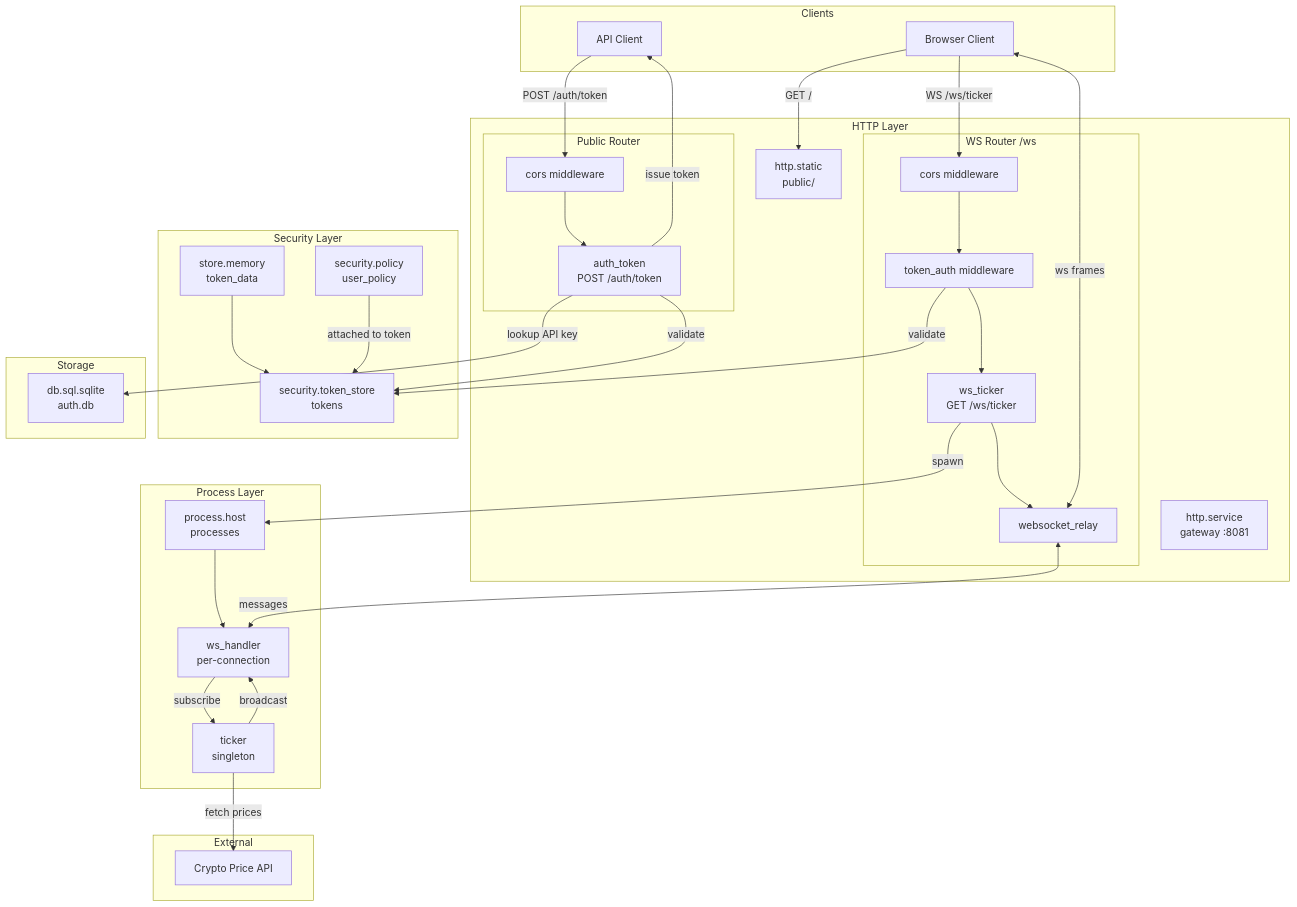
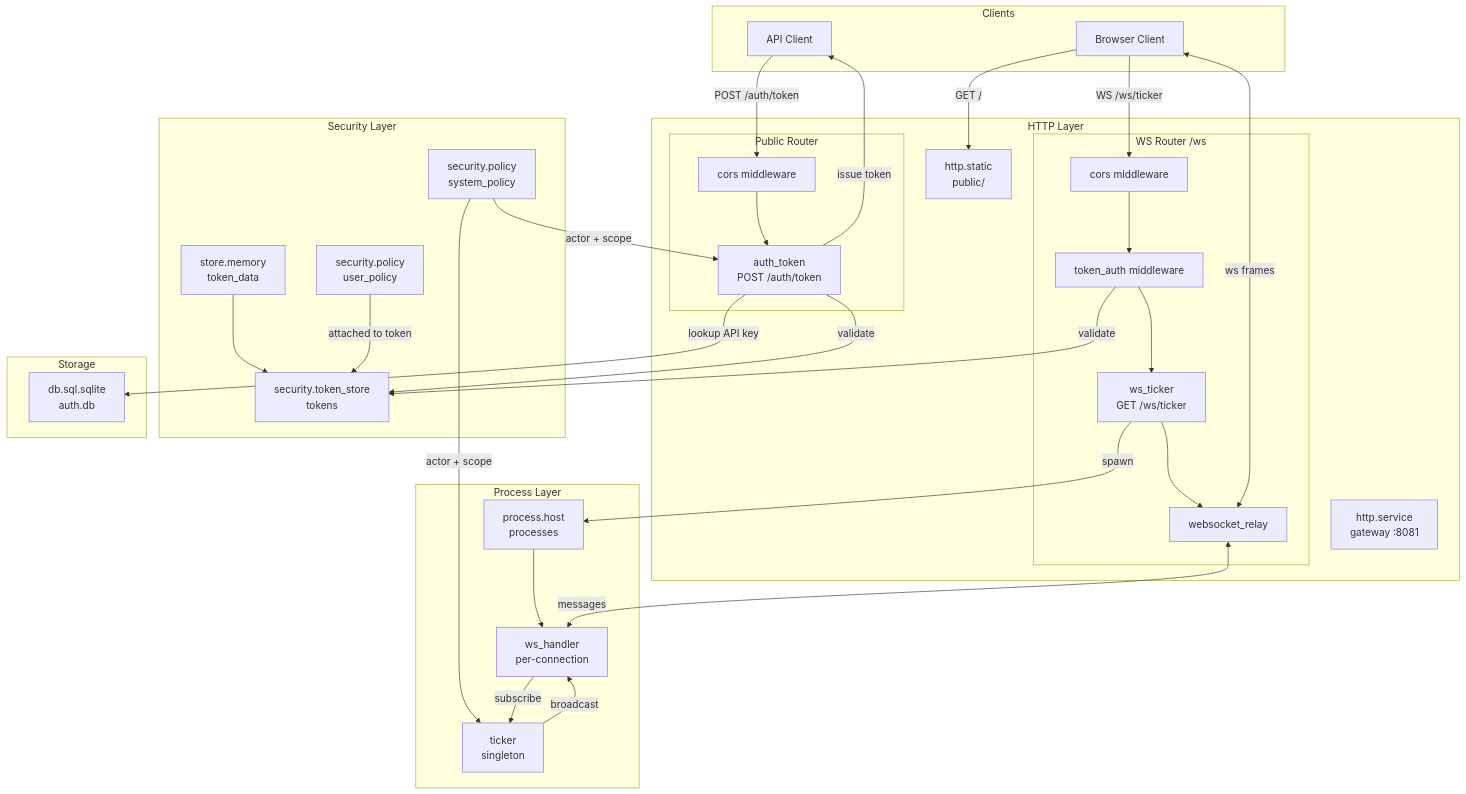
One commit to wippyai/docs changed the diagram in en/tutorials/auth.md. Above: the diagram before and after it, drawn with Mermaid. The commit also changed other lines of this file and 143 other files, not shown here.

````diff
--- a/en/tutorials/auth.md
+++ b/en/tutorials/auth.md
@@ -36,78 +36,74 @@
 ```mermaid
 flowchart TB
     subgraph Clients
         Browser[Browser Client]
         API[API Client]
     end
 
     subgraph "HTTP Layer"
         Server[http.service<br/>gateway :8081]
         Static[http.static<br/>public/]
 
         subgraph "Public Router"
             CORS1[cors middleware]
             AuthEndpoint[auth_token<br/>POST /auth/token]
         end
 
         subgraph "WS Router /ws"
             CORS2[cors middleware]
             TokenAuth[token_auth middleware]
             WSEndpoint[ws_ticker<br/>GET /ws/ticker]
             WSRelay[websocket_relay]
         end
     end
 
     subgraph "Security Layer"
         TokenStore[security.token_store<br/>tokens]
         Policy[security.policy<br/>user_policy]
+        SysPolicy[security.policy<br/>system_policy]
         MemStore[store.memory<br/>token_data]
     end
 
     subgraph "Storage"
         DB[db.sql.sqlite<br/>auth.db]
     end
 
     subgraph "Process Layer"
         Supervisor[process.host<br/>processes]
         WSHandler[ws_handler<br/>per-connection]
         Ticker[ticker<br/>singleton]
-    end
-
-    subgraph "External"
-        CryptoAPI[Crypto Price API]
     end
 
     %% Client connections
     Browser -->|"GET /"| Static
     API -->|"POST /auth/token"| CORS1
     Browser -->|"WS /ws/ticker"| CORS2
 
     %% API flow
     CORS1 --> AuthEndpoint
     AuthEndpoint -->|validate| TokenStore
     AuthEndpoint -->|"issue token"| API
 
     %% WS flow
     CORS2 --> TokenAuth
     TokenAuth -->|validate| TokenStore
     TokenAuth --> WSEndpoint
     WSEndpoint -->|spawn| Supervisor
     Supervisor --> WSHandler
     WSEndpoint --> WSRelay
     WSRelay <-->|"messages"| WSHandler
 
     %% Token store deps
     MemStore --> TokenStore
     Policy -->|attached to token| TokenStore
+    SysPolicy -->|"actor + scope"| AuthEndpoint
+    SysPolicy -->|"actor + scope"| Ticker
 
     %% Auth uses DB for API keys
     AuthEndpoint -->|lookup API key| DB
 
     %% Process communication
     WSHandler -->|subscribe| Ticker
     Ticker -->|broadcast| WSHandler
     WSRelay <-->|"ws frames"| Browser
-
-    %% External
-    Ticker -->|fetch prices| CryptoAPI
 ```
````
